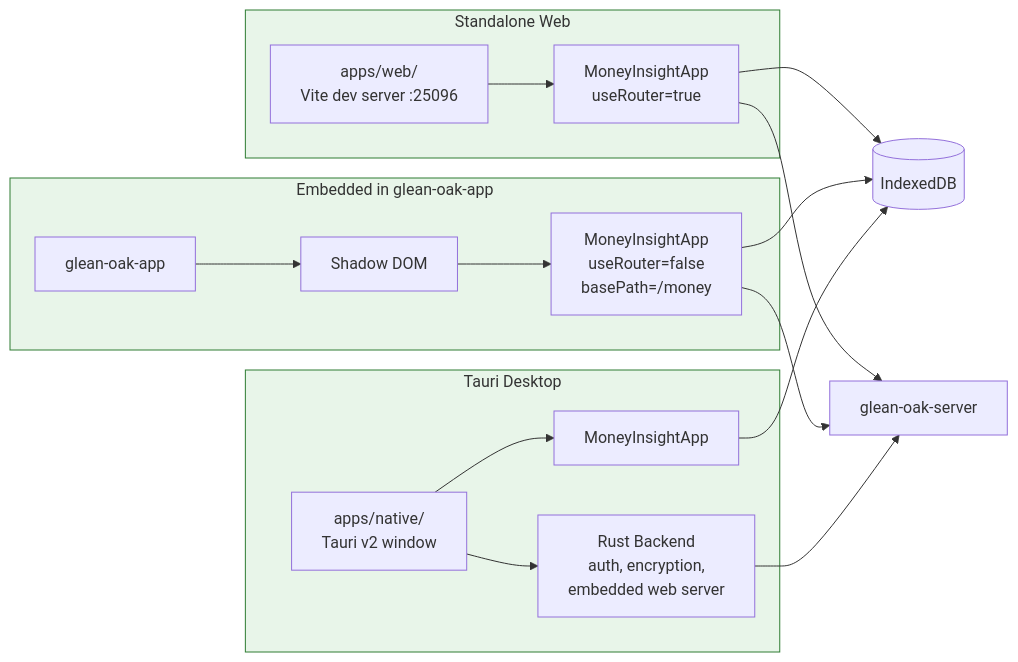
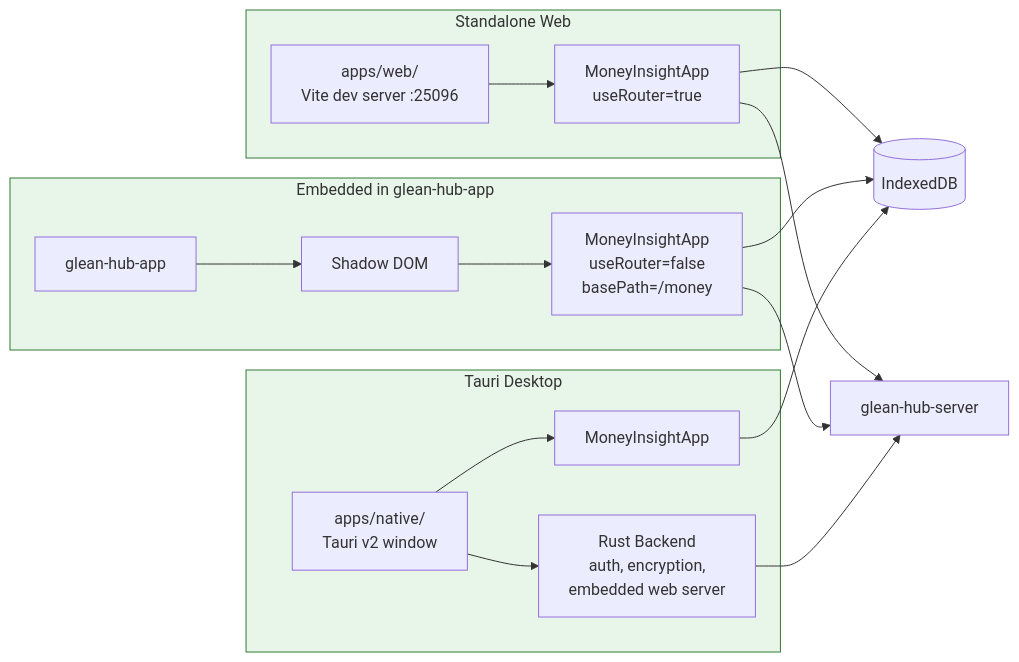
Diagram 13 of 14 in docs/architecture.md (loidinhm31/money-insight), drawn with Mermaid before and after one commit. The commit also changed other lines of this file and 23 other files, not shown here.

Commit message:
refactor(sync): migrate to @glean-hub/sync-client-types

````diff
--- a/docs/architecture.md
+++ b/docs/architecture.md
@@ -664,31 +664,31 @@
 ```mermaid
 flowchart LR
     subgraph Standalone["Standalone Web"]
         WebApp["apps/web/<br/>Vite dev server :25096"]
         WebApp --> MoneyApp1["MoneyInsightApp<br/>useRouter=true"]
     end
 
-    subgraph Embedded["Embedded in glean-oak-app"]
-        Hub["glean-oak-app"]
+    subgraph Embedded["Embedded in glean-hub-app"]
+        Hub["glean-hub-app"]
         Hub --> Shadow["Shadow DOM"]
         Shadow --> MoneyApp2["MoneyInsightApp<br/>useRouter=false<br/>basePath=/money"]
     end
 
     subgraph Desktop["Tauri Desktop"]
         Tauri["apps/native/<br/>Tauri v2 window"]
         Tauri --> MoneyApp3["MoneyInsightApp"]
         RustBE["Rust Backend<br/>auth, encryption,<br/>embedded web server"]
         Tauri --> RustBE
     end
 
     MoneyApp1 --> IDB[(IndexedDB)]
     MoneyApp2 --> IDB
     MoneyApp3 --> IDB
 
-    MoneyApp1 --> QmServer["glean-oak-server"]
+    MoneyApp1 --> QmServer["glean-hub-server"]
     MoneyApp2 --> QmServer
     RustBE --> QmServer
 
     classDef mode fill:#e8f5e9,stroke:#2e7d32
     class Standalone,Embedded,Desktop mode
 ```
````
